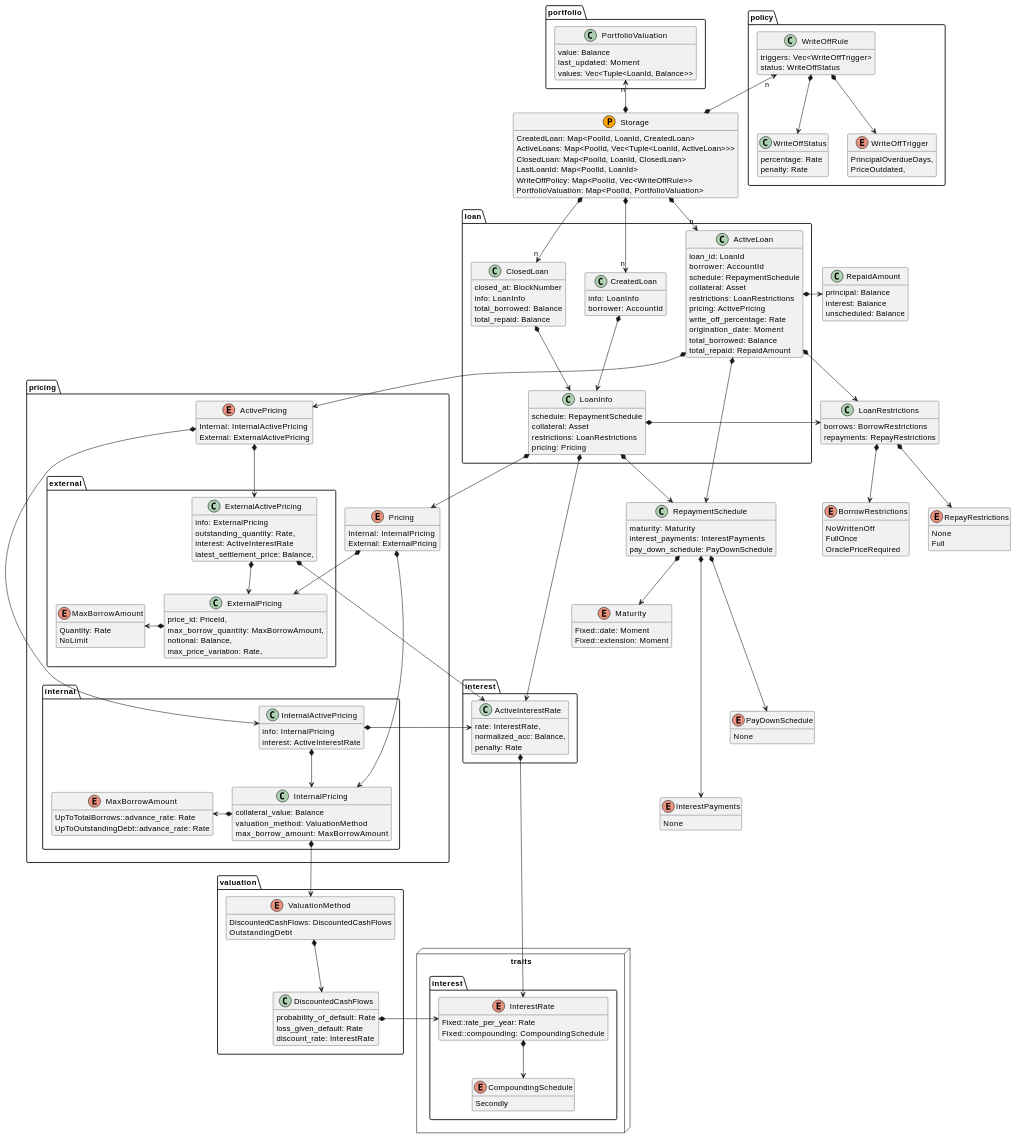
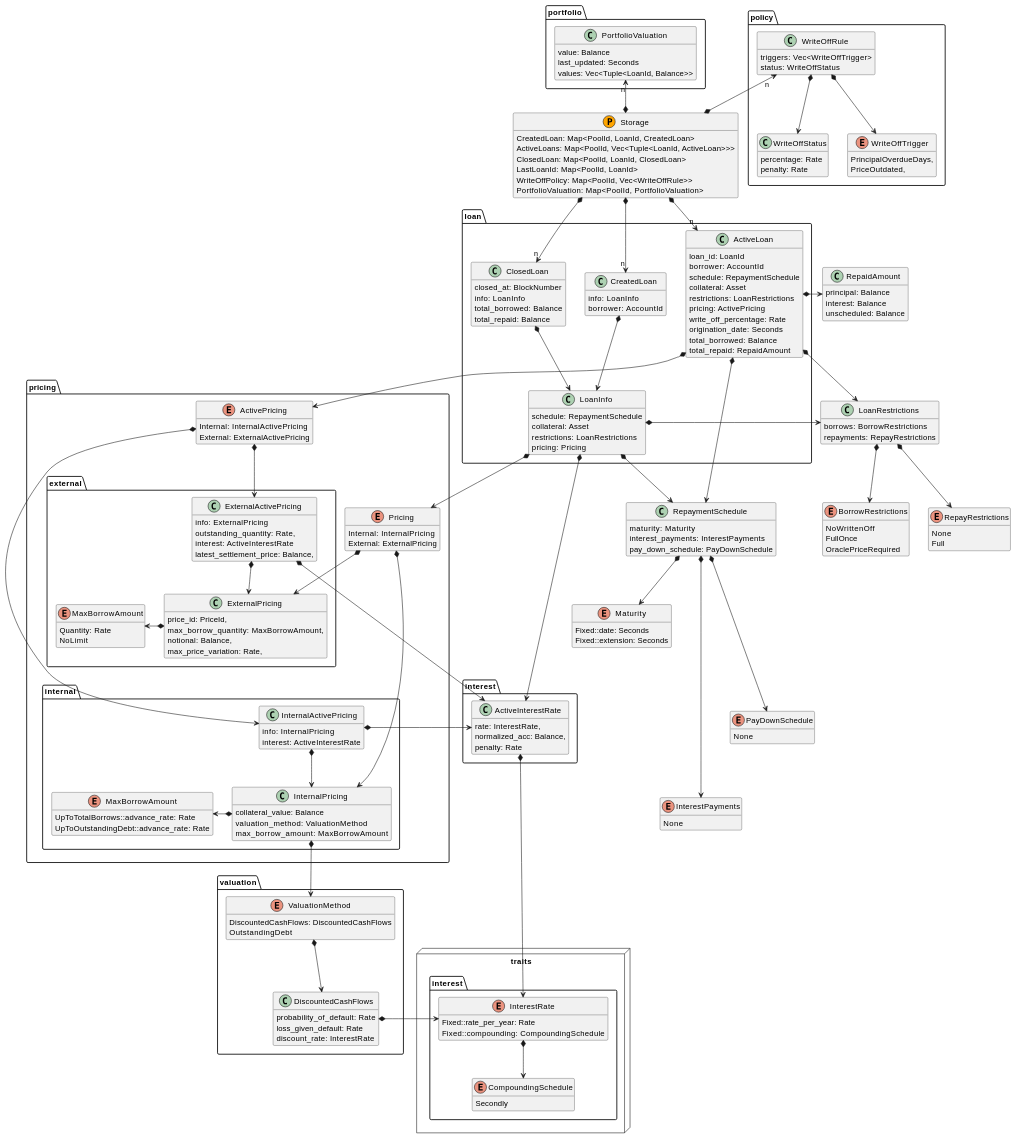
The diagram in pallets/loans/docs/types.md (centrifuge/centrifuge-chain), drawn with PlantUML before and after one commit. The commit also changed 19 other files, not shown here.

```diff
--- a/pallets/loans/docs/types.md
+++ b/pallets/loans/docs/types.md
@@ -5,8 +5,8 @@
 hide methods
 
 enum Maturity {
-    Fixed::date: Moment
-    Fixed::extension: Moment
+    Fixed::date: Seconds
+    Fixed::extension: Seconds
 }
 
 enum InterestPayments {
@@ -70,7 +70,7 @@
 package portfolio {
     class PortfolioValuation {
         value: Balance
-        last_updated: Moment
+        last_updated: Seconds
         values: Vec<Tuple<LoanId, Balance>>
     }
 }
@@ -211,7 +211,7 @@
         restrictions: LoanRestrictions
         pricing: ActivePricing
         write_off_percentage: Rate
-        origination_date: Moment
+        origination_date: Seconds
         total_borrowed: Balance
         total_repaid: RepaidAmount
     }
```
